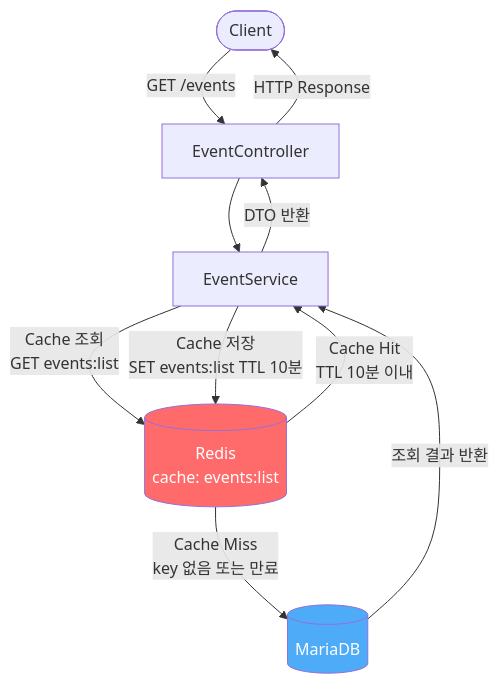
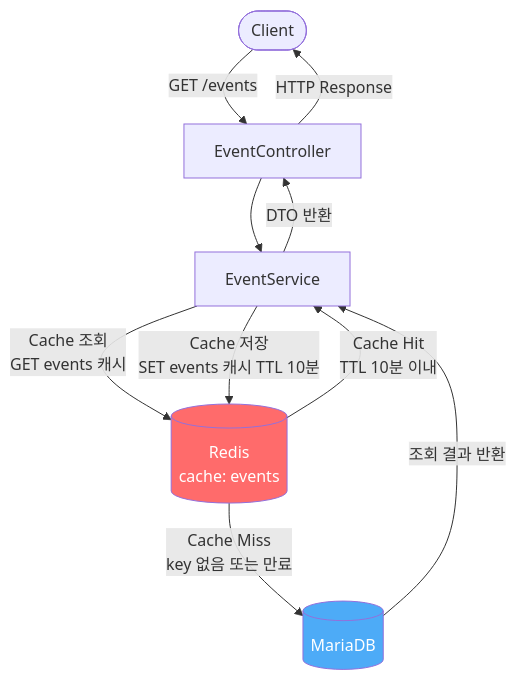
One commit to seungpil97/ticketing-reservation-service changed the third of 3 diagrams in docs/architecture/README.md. Above: the diagram before and after it, drawn with Mermaid. The commit also changed other lines of this file and 1 other file, not shown here.

First line of the commit message:
docs(TASK-057): Redis Key Naming 지침 불일치 수정 및 누락 key 추가 (#83)

````diff
--- a/docs/architecture/README.md
+++ b/docs/architecture/README.md
@@ -90,25 +110,25 @@
 ```mermaid
 flowchart TD
     Client([Client])
     Controller[EventController]
     Service[EventService]
-    Redis[(Redis\ncache: events:list)]
+    Redis[(Redis\ncache: events)]
     DB[(MariaDB)]
 
     Client -->|GET /events| Controller
     Controller --> Service
 
-    Service -->|Cache 조회\nGET events:list| Redis
+    Service -->|Cache 조회\nGET events 캐시| Redis
 
     Redis -->|Cache Hit\nTTL 10분 이내| Service
     Redis -->|Cache Miss\nkey 없음 또는 만료| DB
 
     DB -->|조회 결과 반환| Service
-    Service -->|Cache 저장\nSET events:list TTL 10분| Redis
+    Service -->|Cache 저장\nSET events 캐시 TTL 10분| Redis
 
     Service -->|DTO 반환| Controller
     Controller -->|HTTP Response| Client
 
     style Redis fill:#ff6b6b,color:#fff
     style DB fill:#4dabf7,color:#fff
 ```
````
